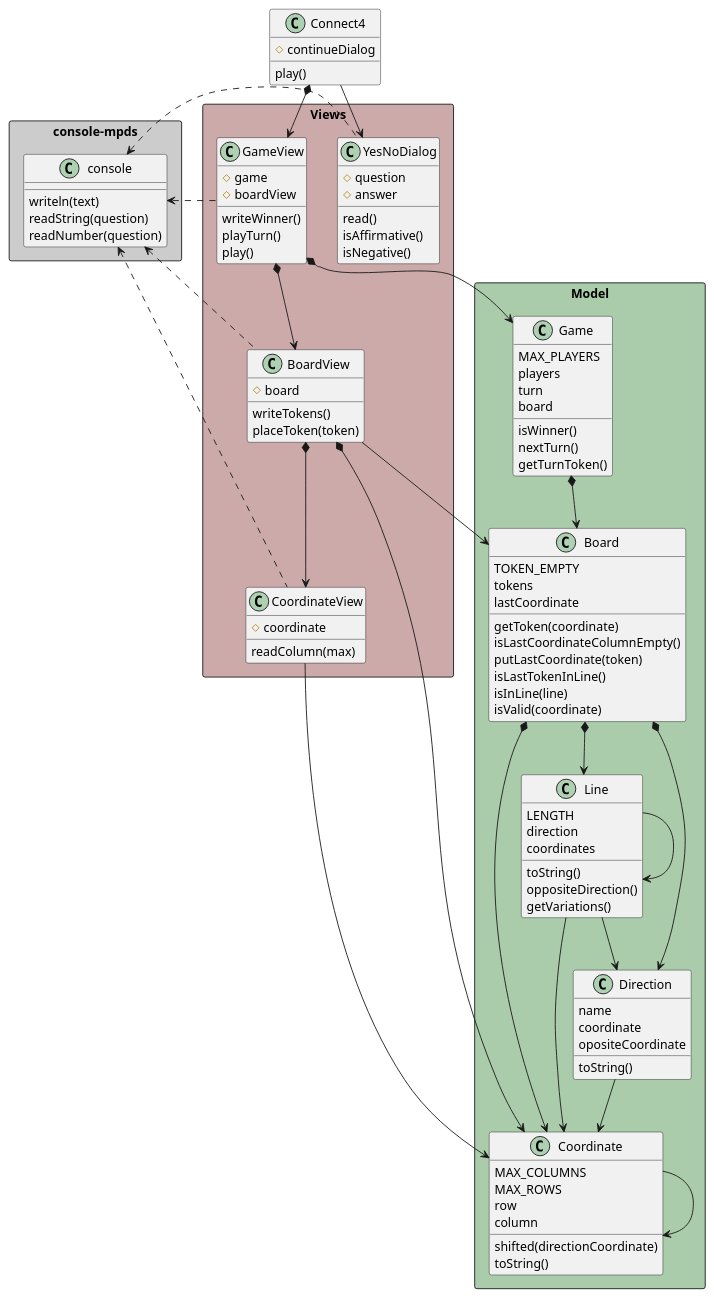
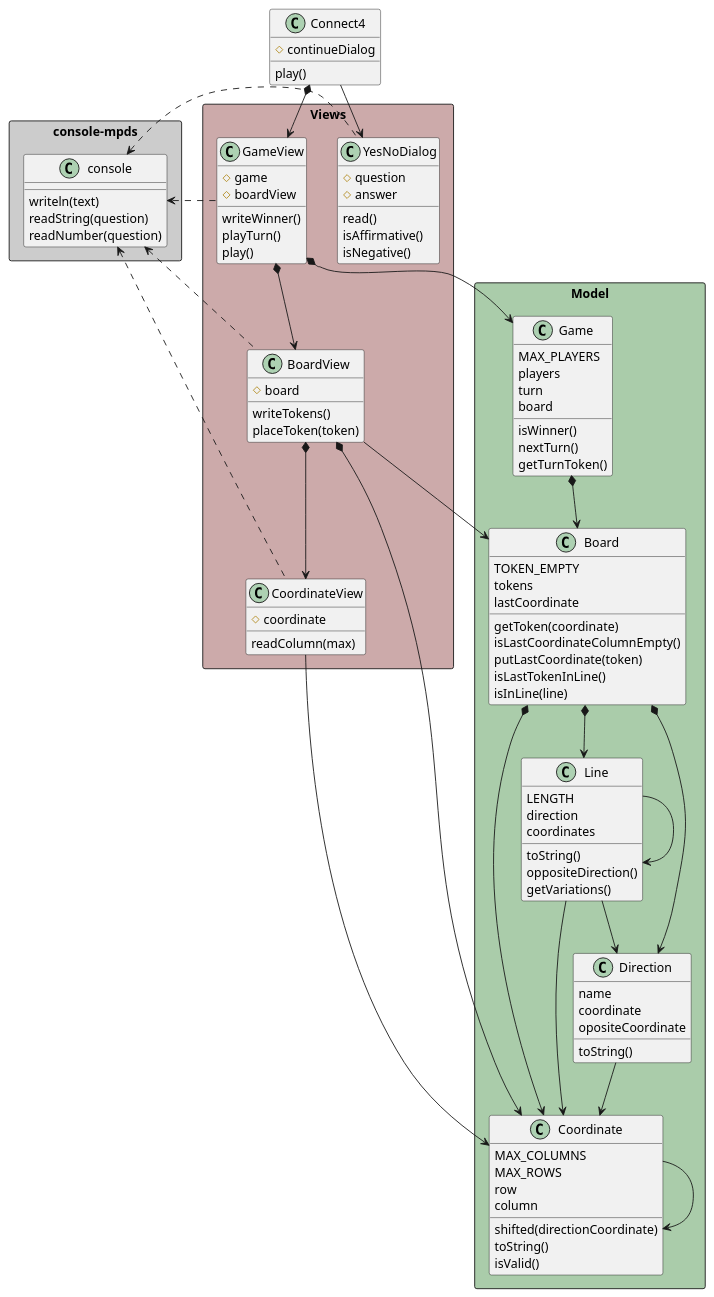
Before and after one commit to mpaulaherrero/escuelaIT: the diagram in game-connect4/docs/diagrams/objectOriented/constructorFunction/class diagram.plantuml, drawn with PlantUML. The commit also changed 2 other files, not shown here.

Commit message:
subir isValid a Coordinate reparto responsa

```diff
--- a/game-connect4/docs/diagrams/objectOriented/constructorFunction/class diagram.plantuml
+++ b/game-connect4/docs/diagrams/objectOriented/constructorFunction/class diagram.plantuml
@@ -1,125 +1,125 @@
 @startuml connect4_constructorFunction_classdiagram
 
 package "console-mpds" <<Rectangle>> #ccc {
     class console {
         writeln(text)
         readString(question)
         readNumber(question)
     }
 }
 
 package "Model" <<Rectangle>> #aca {
     class Coordinate {
         MAX_COLUMNS
         MAX_ROWS
         row
         column
         shifted(directionCoordinate)
         toString()
+        isValid()
     }
 
     class Direction {
         name
         coordinate
         opositeCoordinate
         toString()
     }
 
     class Line {
         LENGTH
         direction
         coordinates
         toString()
         oppositeDirection()
         getVariations()
     }
 
     class Board {
         TOKEN_EMPTY
         tokens
         lastCoordinate
         getToken(coordinate)
         isLastCoordinateColumnEmpty()
         putLastCoordinate(token)
         isLastTokenInLine()
         isInLine(line)
-        isValid(coordinate)
     }
 
     class Game {
         MAX_PLAYERS
         players
         turn
         board
         isWinner()
         nextTurn()
         getTurnToken()
     }
 }
 
 package "Views" <<Rectangle>> #caa {
     class CoordinateView {
         #coordinate
         readColumn(max)
     }
 
     class BoardView{
         #board
         writeTokens()
         placeToken(token)
     }
 
     class GameView {
         #game
         #boardView
         writeWinner()
         playTurn()
         play()
     }
 
     class YesNoDialog {
         #question
         #answer
         read()
         isAffirmative()
         isNegative()
     }
 }
 
 class Connect4 {
     #continueDialog
     play()
 }
 
 Coordinate -> Coordinate
 
 CoordinateView -> Coordinate
 
 Direction -down-> Coordinate
 
 Line -> Line
 Line -down-> Coordinate
 Line -down-> Direction
 
 Board *-down-> Coordinate
 Board *-down-> Direction
 Board *-down-> Line
 
 BoardView *-down-> CoordinateView
 BoardView -down-> Board
 BoardView *-down-> Coordinate
 
 Game *-down-> Board
 
 GameView *-down-> Game
 GameView *-down-> BoardView
 
 Connect4 -down-> YesNoDialog
 Connect4 *-down-> GameView
 
 YesNoDialog .-l-> console
 GameView .-l-> console
 BoardView .-l-> console
 CoordinateView .-l-> console
 
 @enduml
```
